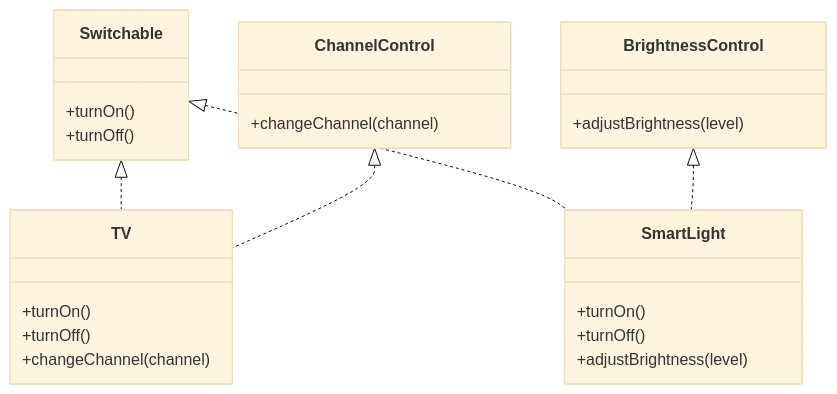
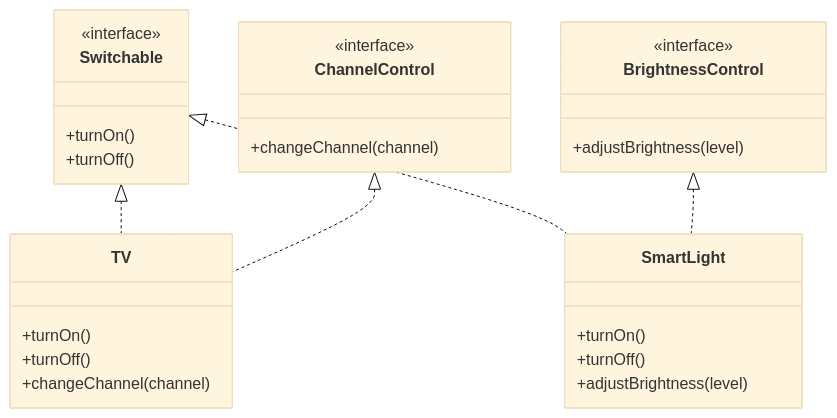
One commit to edisonzsq/solid changed the second of 2 diagrams in solid_concepts/isp.md. Above: the diagram before and after it, drawn with Mermaid (base theme).

Commit message:
updated isp

````diff
--- a/solid_concepts/isp.md
+++ b/solid_concepts/isp.md
@@ -32,33 +32,36 @@
 ```mermaid
 classDiagram
     class Switchable {
+        <<interface>>
         +turnOn()
         +turnOff()
     }
 
     class ChannelControl {
+        <<interface>>
         +changeChannel(channel)
     }
 
     class BrightnessControl {
+        <<interface>>
         +adjustBrightness(level)
     }
 
     class TV {
         +turnOn()
         +turnOff()
         +changeChannel(channel)
     }
 
     class SmartLight {
         +turnOn()
         +turnOff()
         +adjustBrightness(level)
     }
 
     Switchable <|.. TV
     ChannelControl <|.. TV
     Switchable <|.. SmartLight
     BrightnessControl <|.. SmartLight
 
 ```
````
